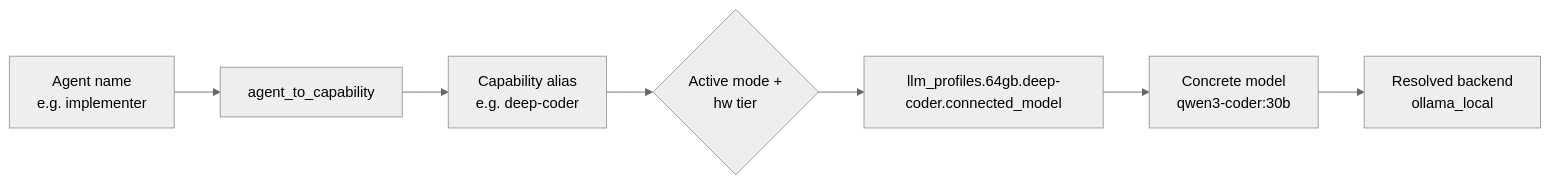
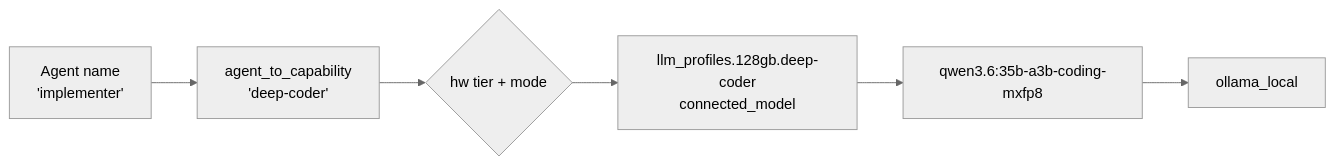
Before and after one commit to whichguy/c-thru: the first of 4 diagrams in README.md, drawn with Mermaid (neutral theme). The commit also changed other lines of this file and 9 other files, not shown here.

````diff
--- a/README.md
+++ b/README.md
@@ -63,9 +156,8 @@
 ```mermaid
 flowchart LR
-  A[Agent name<br/>e.g. implementer] --> B[agent_to_capability]
-  B --> C[Capability alias<br/>e.g. deep-coder]
-  C --> D{Active mode +<br/>hw tier}
-  D --> E[llm_profiles.64gb.deep-coder.connected_model]
-  E --> F[Concrete model<br/>qwen3-coder:30b]
-  F --> G[Resolved backend<br/>ollama_local]
+  A[Agent name<br/>'implementer'] --> B[agent_to_capability<br/>'deep-coder']
+  B --> C{hw tier + mode}
+  C --> D[llm_profiles.128gb.deep-coder<br/>connected_model]
+  D --> E[qwen3.6:35b-a3b-coding-mxfp8]
+  E --> F[ollama_local]
 ```
````
